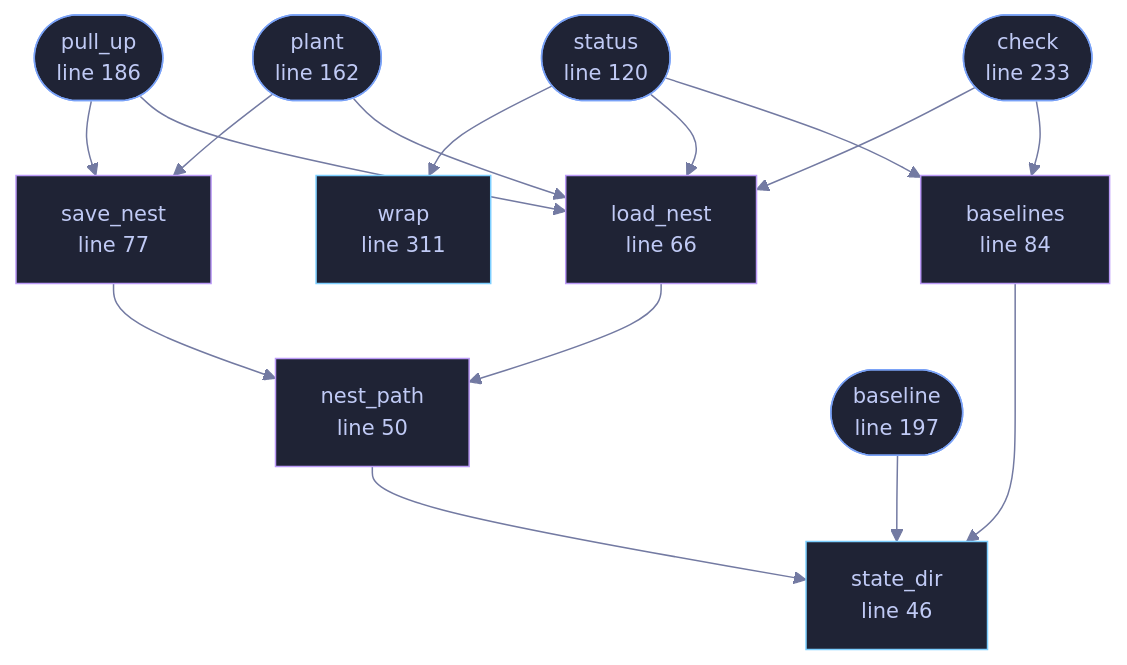
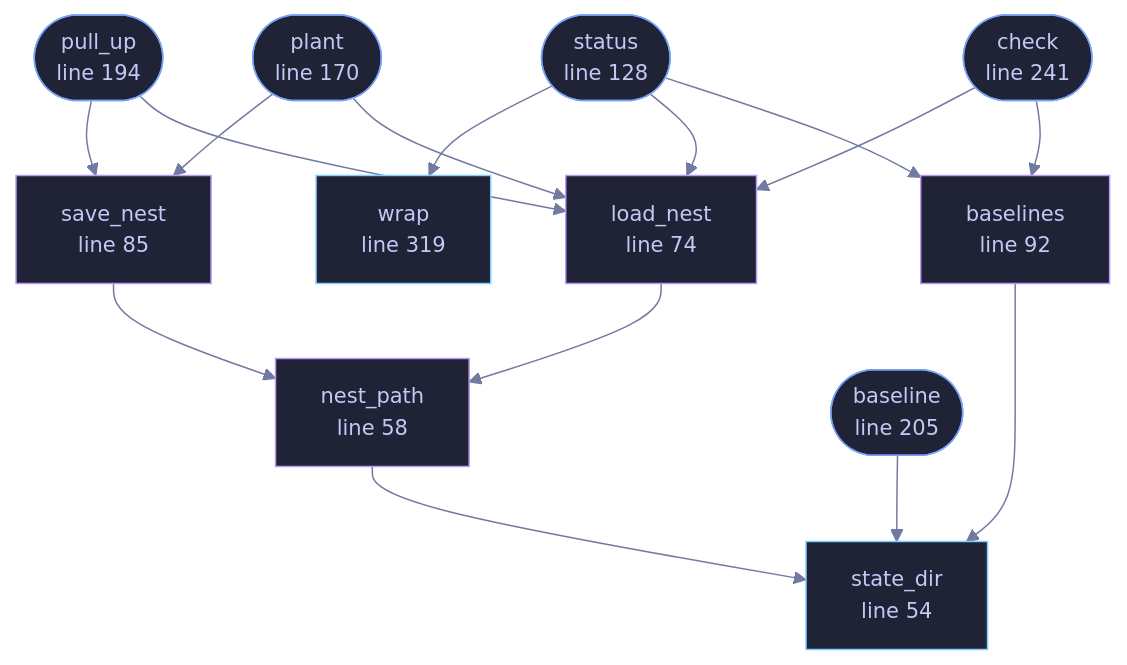
One commit to tilas01/veilvoice changed the diagram in docs/files/veilvoice-cli/sentry.md. Above: the diagram before and after it, drawn with Mermaid. The commit also changed other lines of this file and 487 other files, not shown here.

````diff
--- a/docs/files/veilvoice-cli/sentry.md
+++ b/docs/files/veilvoice-cli/sentry.md
@@ -94,46 +103,46 @@
 ```mermaid
 %%{init: {"theme":"base","themeVariables":{"background":"#1a1b26","primaryColor":"#1f2335","primaryTextColor":"#c0caf5","primaryBorderColor":"#7aa2f7","secondaryColor":"#16161e","tertiaryColor":"#16161e","lineColor":"#737aa2","textColor":"#c0caf5","mainBkg":"#1f2335","nodeBorder":"#7aa2f7","clusterBkg":"#16161e","clusterBorder":"#2f3549","fontFamily":"ui-monospace, SFMono-Regular, Consolas, monospace","fontSize":"14px"}}}%%
 flowchart TD
-    n_state_dir["state_dir<br/>line 46"]
-    n_nest_path["nest_path<br/>line 50"]
-    n_load_nest["load_nest<br/>line 66"]
-    n_save_nest["save_nest<br/>line 77"]
-    n_baselines["baselines<br/>line 84"]
-    n_status(["status<br/>line 120"])
-    n_plant(["plant<br/>line 162"])
-    n_pull_up(["pull_up<br/>line 186"])
-    n_baseline(["baseline<br/>line 197"])
-    n_check(["check<br/>line 233"])
-    n_wrap["wrap<br/>line 311"]
+    n_state_dir["state_dir<br/>line 54"]
+    n_nest_path["nest_path<br/>line 58"]
+    n_load_nest["load_nest<br/>line 74"]
+    n_save_nest["save_nest<br/>line 85"]
+    n_baselines["baselines<br/>line 92"]
+    n_status(["status<br/>line 128"])
+    n_plant(["plant<br/>line 170"])
+    n_pull_up(["pull_up<br/>line 194"])
+    n_baseline(["baseline<br/>line 205"])
+    n_check(["check<br/>line 241"])
+    n_wrap["wrap<br/>line 319"]
     n_baseline --> n_state_dir
     n_baselines --> n_state_dir
     n_check --> n_baselines
     n_check --> n_load_nest
     n_load_nest --> n_nest_path
     n_nest_path --> n_state_dir
     n_plant --> n_load_nest
     n_plant --> n_save_nest
     n_pull_up --> n_load_nest
     n_pull_up --> n_save_nest
     n_save_nest --> n_nest_path
     n_status --> n_baselines
     n_status --> n_load_nest
     n_status --> n_wrap
-    click n_state_dir href "https://github.com/tilas01/veilvoice/blob/main/crates/veilvoice-cli/src/sentry.rs#L46" "open the source"
-    click n_nest_path href "https://github.com/tilas01/veilvoice/blob/main/crates/veilvoice-cli/src/sentry.rs#L50" "open the source"
-    click n_load_nest href "https://github.com/tilas01/veilvoice/blob/main/crates/veilvoice-cli/src/sentry.rs#L66" "open the source"
-    click n_save_nest href "https://github.com/tilas01/veilvoice/blob/main/crates/veilvoice-cli/src/sentry.rs#L77" "open the source"
-    click n_baselines href "https://github.com/tilas01/veilvoice/blob/main/crates/veilvoice-cli/src/sentry.rs#L84" "open the source"
-    click n_status href "https://github.com/tilas01/veilvoice/blob/main/crates/veilvoice-cli/src/sentry.rs#L120" "open the source"
-    click n_plant href "https://github.com/tilas01/veilvoice/blob/main/crates/veilvoice-cli/src/sentry.rs#L162" "open the source"
-    click n_pull_up href "https://github.com/tilas01/veilvoice/blob/main/crates/veilvoice-cli/src/sentry.rs#L186" "open the source"
-    click n_baseline href "https://github.com/tilas01/veilvoice/blob/main/crates/veilvoice-cli/src/sentry.rs#L197" "open the source"
-    click n_check href "https://github.com/tilas01/veilvoice/blob/main/crates/veilvoice-cli/src/sentry.rs#L233" "open the source"
-    click n_wrap href "https://github.com/tilas01/veilvoice/blob/main/crates/veilvoice-cli/src/sentry.rs#L311" "open the source"
+    click n_state_dir href "https://github.com/tilas01/veilvoice/blob/main/crates/veilvoice-cli/src/sentry.rs#L54" "open the source"
+    click n_nest_path href "https://github.com/tilas01/veilvoice/blob/main/crates/veilvoice-cli/src/sentry.rs#L58" "open the source"
+    click n_load_nest href "https://github.com/tilas01/veilvoice/blob/main/crates/veilvoice-cli/src/sentry.rs#L74" "open the source"
+    click n_save_nest href "https://github.com/tilas01/veilvoice/blob/main/crates/veilvoice-cli/src/sentry.rs#L85" "open the source"
+    click n_baselines href "https://github.com/tilas01/veilvoice/blob/main/crates/veilvoice-cli/src/sentry.rs#L92" "open the source"
+    click n_status href "https://github.com/tilas01/veilvoice/blob/main/crates/veilvoice-cli/src/sentry.rs#L128" "open the source"
+    click n_plant href "https://github.com/tilas01/veilvoice/blob/main/crates/veilvoice-cli/src/sentry.rs#L170" "open the source"
+    click n_pull_up href "https://github.com/tilas01/veilvoice/blob/main/crates/veilvoice-cli/src/sentry.rs#L194" "open the source"
+    click n_baseline href "https://github.com/tilas01/veilvoice/blob/main/crates/veilvoice-cli/src/sentry.rs#L205" "open the source"
+    click n_check href "https://github.com/tilas01/veilvoice/blob/main/crates/veilvoice-cli/src/sentry.rs#L241" "open the source"
+    click n_wrap href "https://github.com/tilas01/veilvoice/blob/main/crates/veilvoice-cli/src/sentry.rs#L319" "open the source"
     classDef entry fill:#1f2335,stroke:#7aa2f7,color:#c0caf5
     class n_status,n_plant,n_pull_up,n_baseline,n_check entry
     classDef api fill:#1f2335,stroke:#7dcfff,color:#c0caf5
     class n_state_dir,n_wrap api
     classDef helper fill:#1f2335,stroke:#bb9af7,color:#c0caf5
     class n_nest_path,n_load_nest,n_save_nest,n_baselines helper
 ```
````
